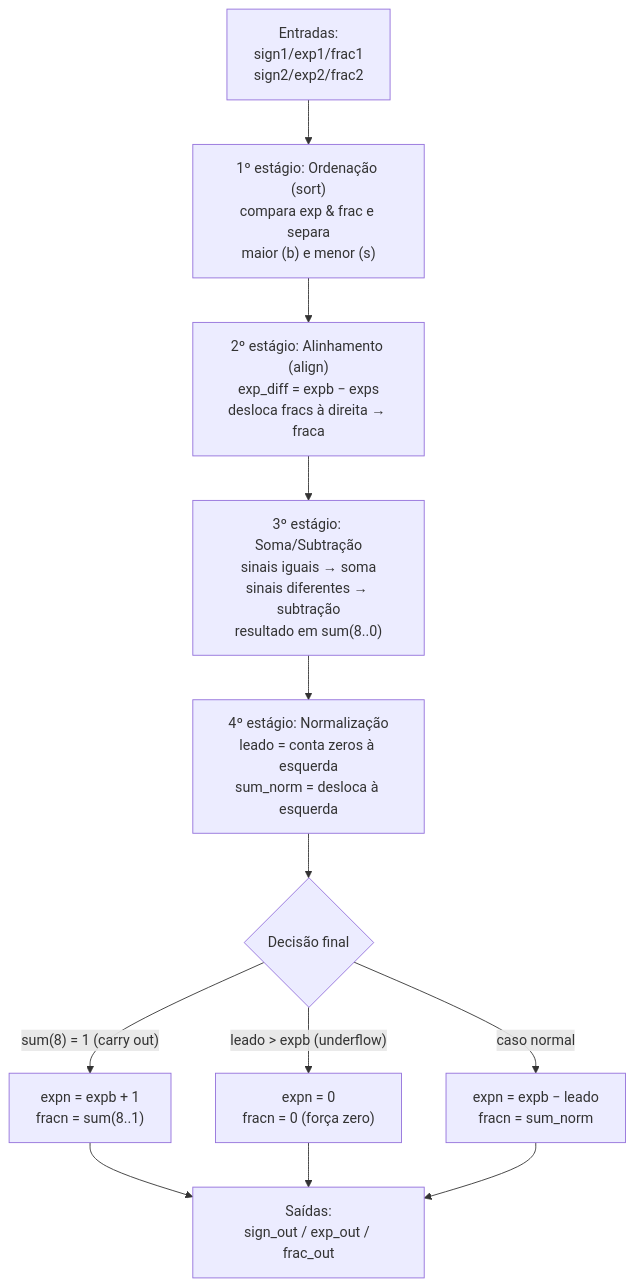
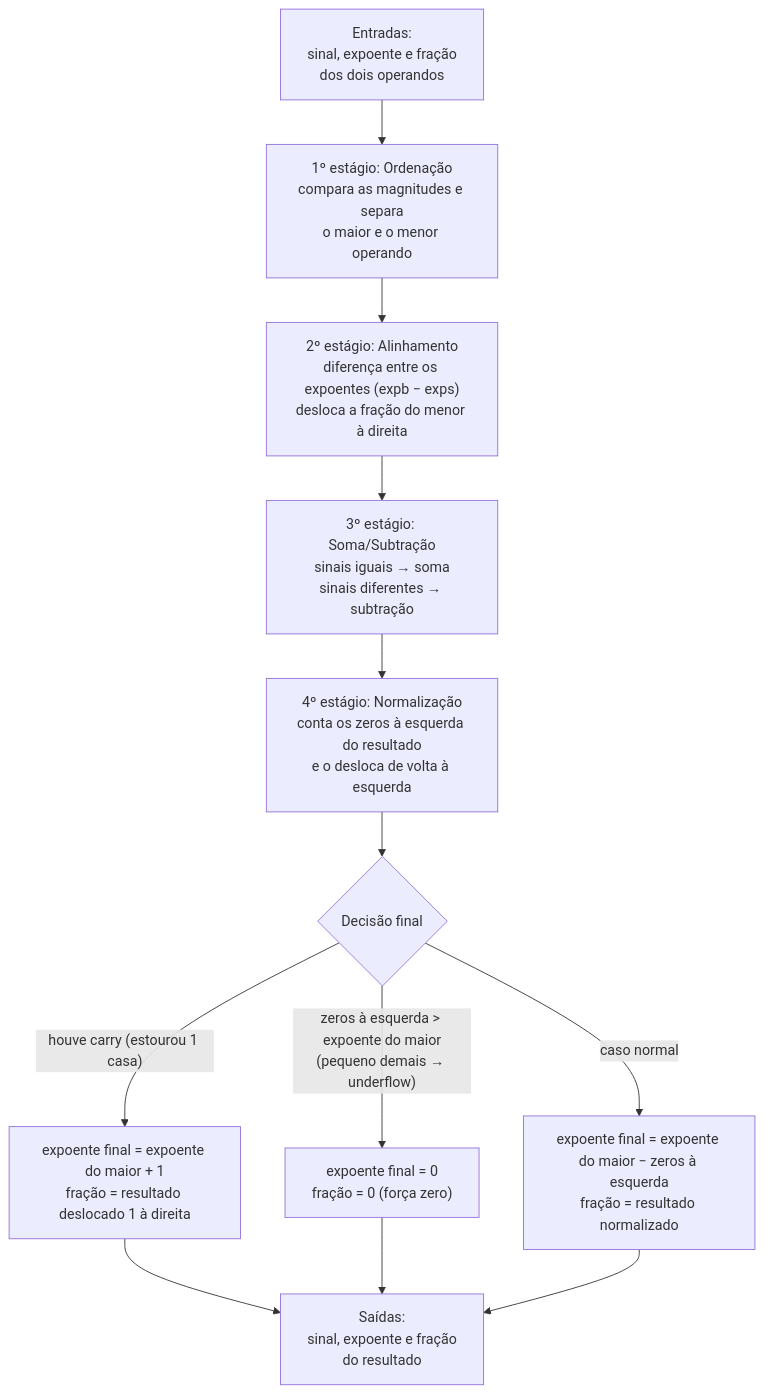
The second of 2 diagrams in relatorio/2-descricaoGraficaFuncionamento.md (caiquecr7/projeto-sistemas-digitais), drawn with Mermaid before and after one commit. The commit also changed other lines of this file and 3 other files, not shown here.

````diff
--- a/relatorio/2-descricaoGraficaFuncionamento.md
+++ b/relatorio/2-descricaoGraficaFuncionamento.md
@@ -36,20 +39,20 @@
 ```mermaid
 flowchart TD
-    IN["Entradas:<br/>sign1/exp1/frac1<br/>sign2/exp2/frac2"] --> E1
+    IN["Entradas:<br/>sinal, expoente e fração<br/>dos dois operandos"] --> E1
 
-    E1["1º estágio: Ordenação (sort)<br/>compara exp &amp; frac e separa<br/>maior (b) e menor (s)"] --> E2
+    E1["1º estágio: Ordenação<br/>compara as magnitudes e separa<br/>o maior e o menor operando"] --> E2
 
-    E2["2º estágio: Alinhamento (align)<br/>exp_diff = expb − exps<br/>desloca fracs à direita → fraca"] --> E3
+    E2["2º estágio: Alinhamento<br/>diferença entre os expoentes (expb − exps)<br/>desloca a fração do menor à direita"] --> E3
 
-    E3["3º estágio: Soma/Subtração<br/>sinais iguais → soma<br/>sinais diferentes → subtração<br/>resultado em sum(8..0)"] --> E4
+    E3["3º estágio: Soma/Subtração<br/>sinais iguais → soma<br/>sinais diferentes → subtração"] --> E4
 
-    E4["4º estágio: Normalização<br/>leado = conta zeros à esquerda<br/>sum_norm = desloca à esquerda"] --> DEC
+    E4["4º estágio: Normalização<br/>conta os zeros à esquerda do resultado<br/>e o desloca de volta à esquerda"] --> DEC
 
-    DEC{"Decisão final"} -->|"sum(8) = 1 (carry out)"| C1["expn = expb + 1<br/>fracn = sum(8..1)"]
-    DEC -->|"leado > expb (underflow)"| C2["expn = 0<br/>fracn = 0 (força zero)"]
-    DEC -->|"caso normal"| C3["expn = expb − leado<br/>fracn = sum_norm"]
+    DEC{"Decisão final"} -->|"houve carry (estourou 1 casa)"| C1["expoente final = expoente do maior + 1<br/>fração = resultado deslocado 1 à direita"]
+    DEC -->|"zeros à esquerda > expoente do maior<br/>(pequeno demais → underflow)"| C2["expoente final = 0<br/>fração = 0 (força zero)"]
+    DEC -->|"caso normal"| C3["expoente final = expoente do maior − zeros à esquerda<br/>fração = resultado normalizado"]
 
-    C1 --> OUT["Saídas:<br/>sign_out / exp_out / frac_out"]
+    C1 --> OUT["Saídas:<br/>sinal, expoente e fração<br/>do resultado"]
     C2 --> OUT
     C3 --> OUT
 ```
````
